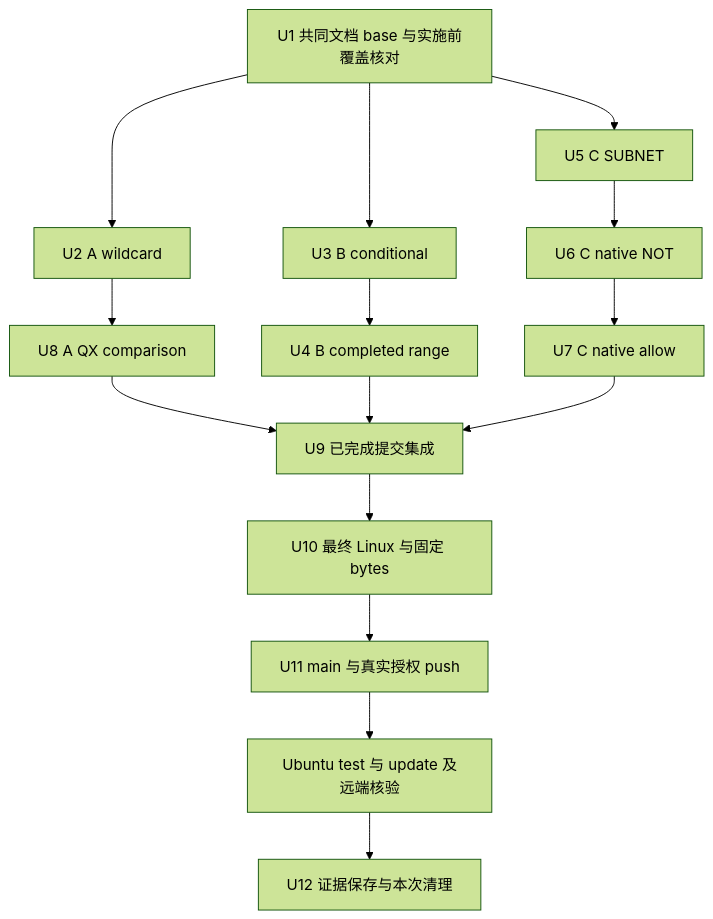
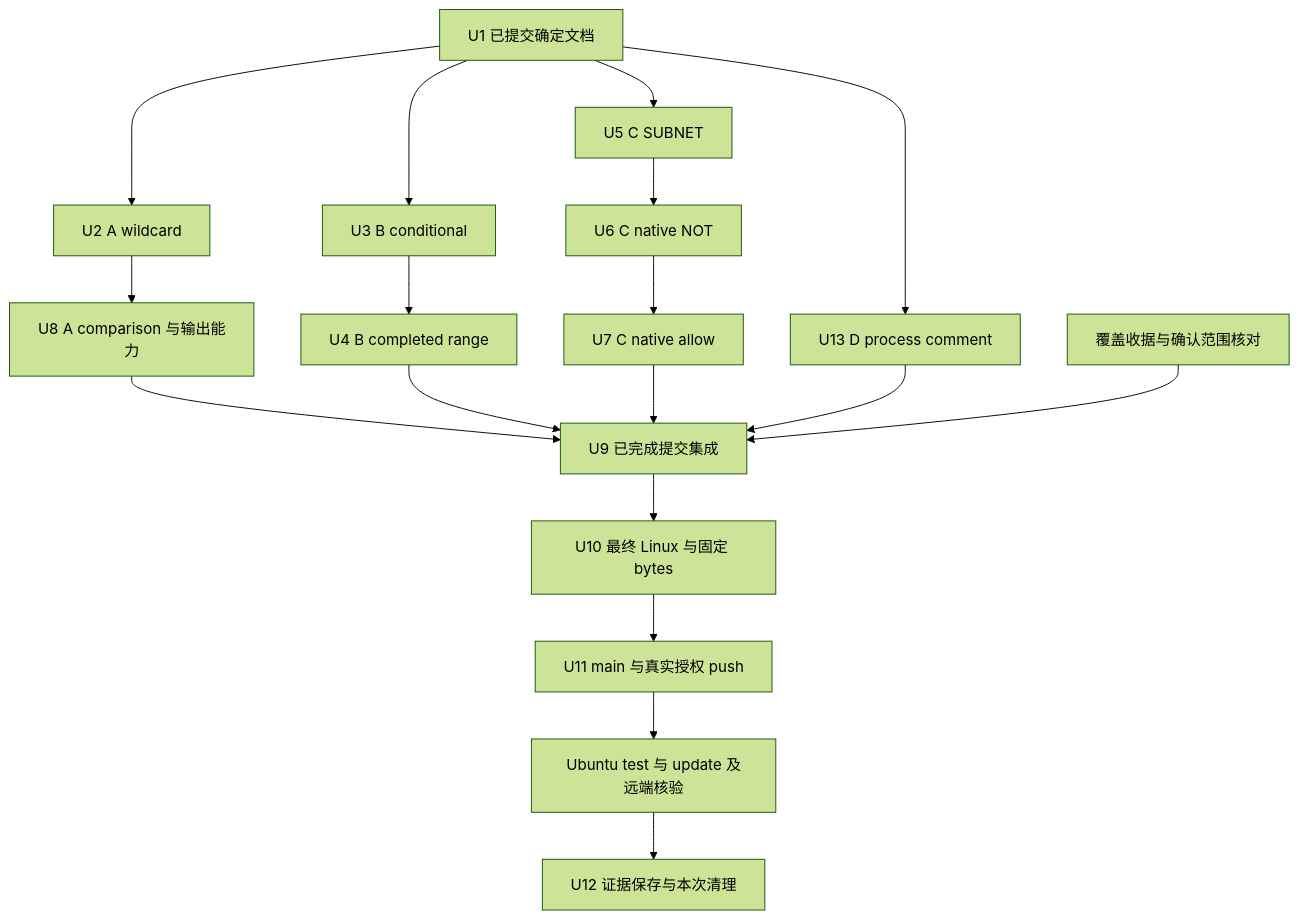
The second of 2 diagrams in docs/superpowers/plans/2026-10-24-functional-audit.md (DoingDog/rconvert), drawn with Mermaid (forest theme) before and after one commit. The commit also changed other lines of this file and 1 other file, not shown here.

First line of the commit message:
Specify keyword output preservation and quoted process comments (U1)

````diff
--- a/docs/superpowers/plans/2026-10-24-functional-audit.md
+++ b/docs/superpowers/plans/2026-10-24-functional-audit.md
@@ -110,17 +112,20 @@
 ```mermaid
 flowchart TB
-    Q[U1 共同文档 base 与实施前覆盖核对] --> A1[U2 A wildcard]
-    A1 --> A2[U8 A QX comparison]
+    Q[U1 已提交确定文档] --> A1[U2 A wildcard]
+    A1 --> A2[U8 A comparison 与输出能力]
     Q --> B1[U3 B conditional]
     B1 --> B2[U4 B completed range]
     Q --> C1[U5 C SUBNET]
     C1 --> C2[U6 C native NOT]
     C2 --> C3[U7 C native allow]
     A2 --> I[U9 已完成提交集成]
     B2 --> I
     C3 --> I
+    Q --> D1[U13 D process comment]
+    D1 --> I
+    COV[覆盖收据与确认范围核对] --> I
     I --> F[U10 最终 Linux 与固定 bytes]
     F --> M[U11 main 与真实授权 push]
     M --> V[Ubuntu test 与 update 及远端核验]
     V --> X[U12 证据保存与本次清理]
 ```
````
